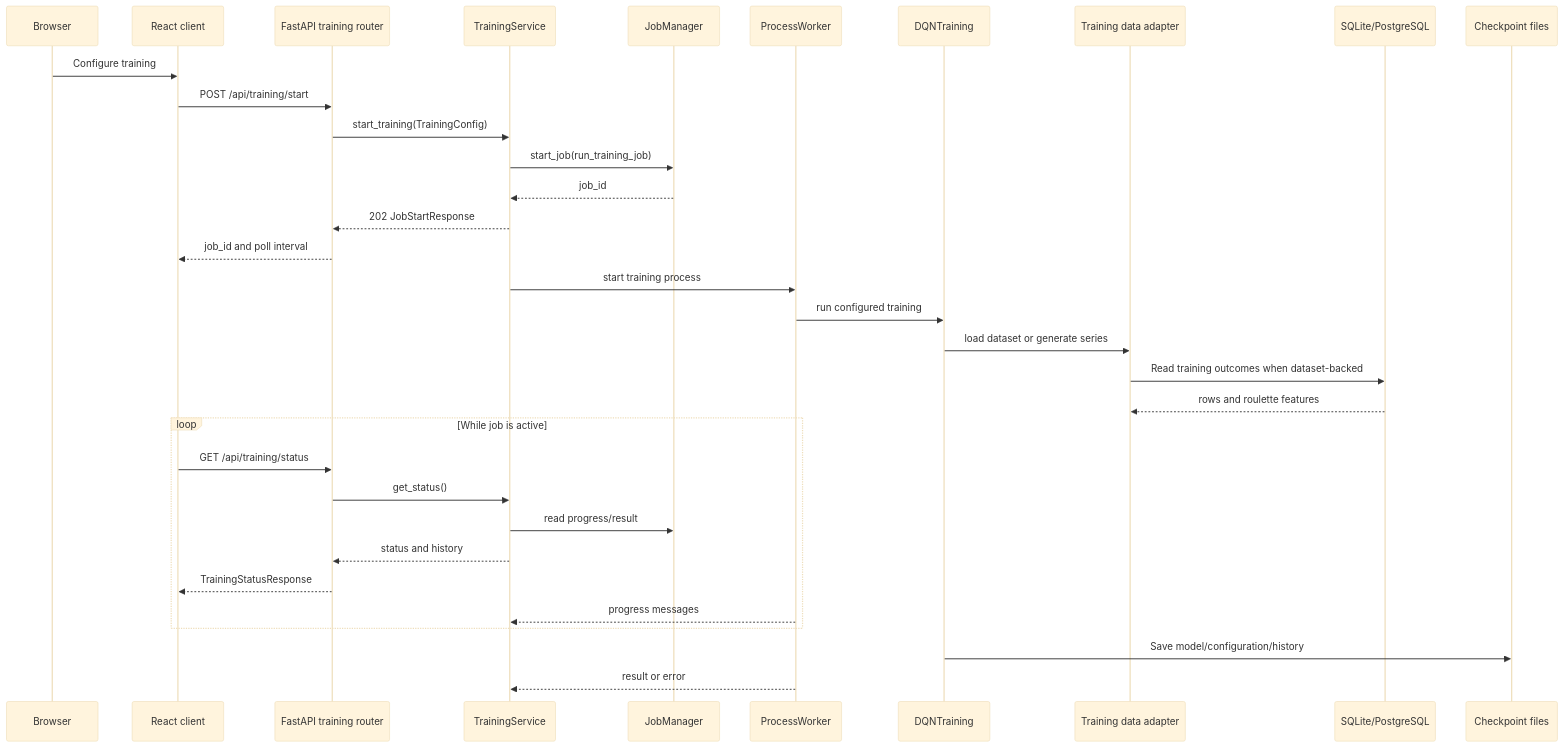
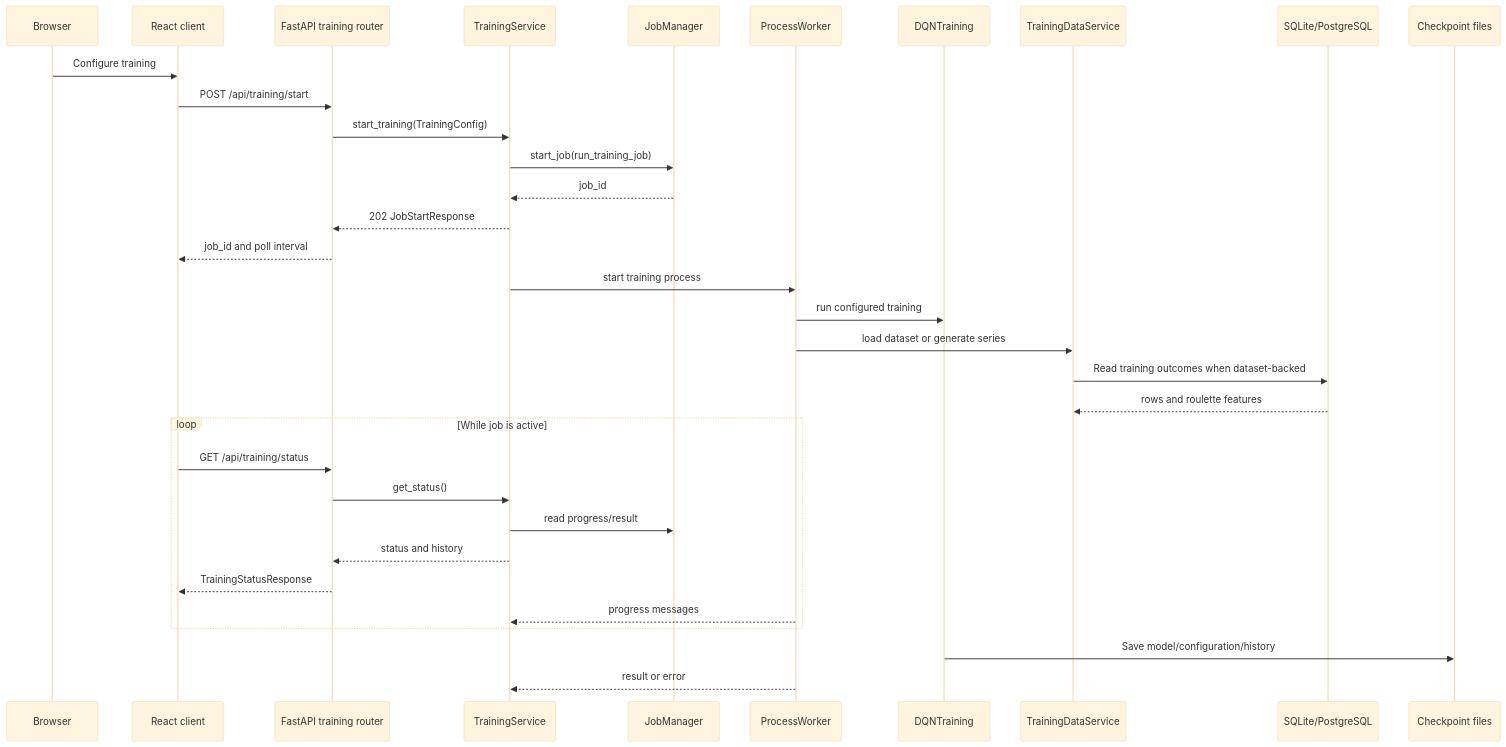
The third of 5 diagrams in assets/docs/architecture/execution_and_data_flow.md (CTCycle/FAIRS-Roulette-Player), drawn with Mermaid (base theme) before and after one commit. The commit also changed other lines of this file and 50 other files, not shown here.

Commit message:
refactor: remediate architecture findings

````diff
--- a/assets/docs/architecture/execution_and_data_flow.md
+++ b/assets/docs/architecture/execution_and_data_flow.md
@@ -113,36 +114,36 @@
 ```mermaid
 sequenceDiagram
     participant Browser
     participant Client as React client
     participant API as FastAPI training router
     participant Service as TrainingService
     participant Jobs as JobManager
     participant Worker as ProcessWorker
     participant ML as DQNTraining
-    participant Data as Training data adapter
+    participant Data as TrainingDataService
     participant DB as SQLite/PostgreSQL
     participant Files as Checkpoint files
 
     Browser->>Client: Configure training
     Client->>API: POST /api/training/start
     API->>Service: start_training(TrainingConfig)
     Service->>Jobs: start_job(run_training_job)
     Jobs-->>Service: job_id
     Service-->>API: 202 JobStartResponse
     API-->>Client: job_id and poll interval
     Service->>Worker: start training process
     Worker->>ML: run configured training
-    ML->>Data: load dataset or generate series
+    Worker->>Data: load dataset or generate series
     Data->>DB: Read training outcomes when dataset-backed
     DB-->>Data: rows and roulette features
     loop While job is active
         Client->>API: GET /api/training/status
         API->>Service: get_status()
         Service->>Jobs: read progress/result
         Service-->>API: status and history
         API-->>Client: TrainingStatusResponse
         Worker-->>Service: progress messages
     end
     ML->>Files: Save model/configuration/history
     Worker-->>Service: result or error
 ```
````
